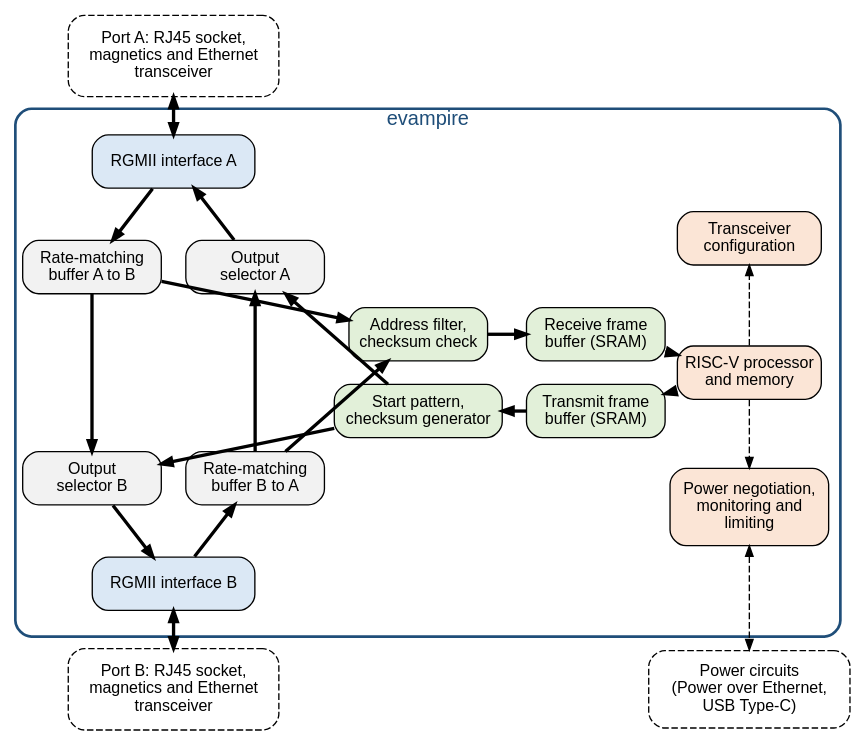
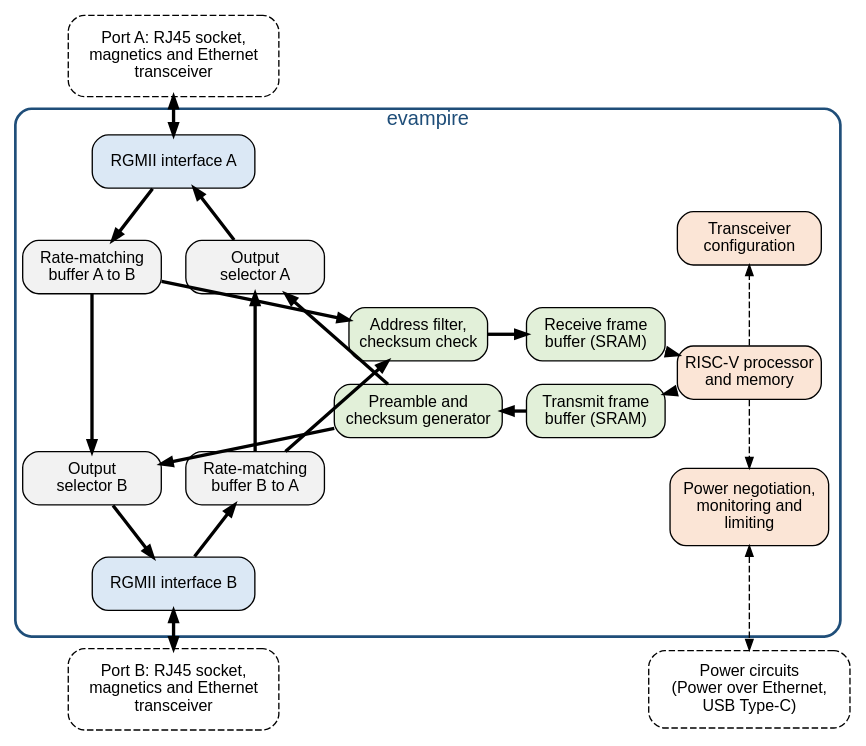
The diagram in docs/architecture/block-diagram.dot (mithro/evampire), drawn with Graphviz before and after one commit. The commit also changed 3 other files, not shown here.

First line of the commit message:
Use the IEEE 802.3 terms preamble and start frame delimiter

```diff
--- a/docs/architecture/block-diagram.dot
+++ b/docs/architecture/block-diagram.dot
@@ -1,102 +1,102 @@
 // evampire block diagram.
 // Bold arrows: Ethernet frame data. Dashed arrows: control.
 // Fill colours: white with a dashed outline, parts outside the chip; blue,
 // RGMII interfaces; grey, the forwarding path; green, the processor's frame
 // path; orange, the processor and its control interfaces.
 //
 // The blocks are placed on a fixed grid (positions in inches) so that the
 // diagram reads top to bottom and fits the width of a documentation page:
 //
 //   column 1 (x=1.0)  forwarding path from port A to port B (downwards)
 //   column 2 (x=2.7)  forwarding path from port B to port A (upwards)
 //   column 3 (x=4.4)  address filter and frame generator
 //   column 4 (x=6.25)  frame buffers
 //   column 5 (x=7.85)  processor and its control interfaces
 //
 // SPDX-License-Identifier: Apache-2.0
 
 digraph evampire {
     graph [layout=neato, splines=false, overlap=true, outputorder=nodesfirst,
            fontname="Helvetica"];
     node  [shape=box, style="rounded,filled", fillcolor="#f2f2f2",
            fontname="Helvetica", fontsize=12, width=1.45, height=0.55,
            fixedsize=true];
     edge  [arrowsize=0.8];
 
     // Outline of the chip, drawn first so it sits behind the blocks.
     chip [label="evampire", labelloc=t, fontsize=15, fontcolor="#1f4e79",
           pos="4.5,5.0!", width=8.6, height=5.5, style="rounded,bold",
           color="#1f4e79", fillcolor="none"];
 
     // Off-chip parts.
     port_a [pos="1.85,8.3!", width=2.2, height=0.85,
             label="Port A: RJ45 socket,\nmagnetics and Ethernet\ntransceiver",
             style="rounded,filled,dashed", fillcolor="#ffffff"];
     port_b [pos="1.85,1.7!", width=2.2, height=0.85,
             label="Port B: RJ45 socket,\nmagnetics and Ethernet\ntransceiver",
             style="rounded,filled,dashed", fillcolor="#ffffff"];
     power  [pos="7.85,1.7!", width=2.1, height=0.8,
             label="Power circuits\n(Power over Ethernet,\nUSB Type-C)",
             style="rounded,filled,dashed", fillcolor="#ffffff"];
 
     // RGMII interfaces.
     rgmii_a [pos="1.85,7.2!", label="RGMII interface A", width=1.7,
              fillcolor="#dbe8f5"];
     rgmii_b [pos="1.85,2.8!", label="RGMII interface B", width=1.7,
              fillcolor="#dbe8f5"];
 
     // Cut-through forwarding.
     fifo_ab [pos="1.0,6.1!", label="Rate-matching\nbuffer A to B"];
     mux_b   [pos="1.0,3.9!", label="Output\nselector B"];
     mux_a   [pos="2.7,6.1!", label="Output\nselector A"];
     fifo_ba [pos="2.7,3.9!", label="Rate-matching\nbuffer B to A"];
 
     // Internal port.
     filt  [pos="4.4,5.4!", label="Address filter,\nchecksum check",
            fillcolor="#e2f0d9"];
-    txgen [pos="4.4,4.6!", label="Start pattern,\nchecksum generator",
+    txgen [pos="4.4,4.6!", label="Preamble and\nchecksum generator",
            fillcolor="#e2f0d9", width=1.75];
     rxbuf [pos="6.25,5.4!", label="Receive frame\nbuffer (SRAM)",
            fillcolor="#e2f0d9"];
     txbuf [pos="6.25,4.6!", label="Transmit frame\nbuffer (SRAM)",
            fillcolor="#e2f0d9"];
 
     // Microcontroller.
     cpu  [pos="7.85,5.0!", label="RISC-V processor\nand memory",
           fillcolor="#fbe5d6", width=1.5];
     mdio [pos="7.85,6.4!", label="Transceiver\nconfiguration",
           fillcolor="#fbe5d6", width=1.5];
     pwr  [pos="7.85,3.6!", label="Power negotiation,\nmonitoring and\nlimiting",
           fillcolor="#fbe5d6", width=1.65, height=0.8];
 
     // Cable side.
     port_a  -> rgmii_a [dir=both, penwidth=2.5];
     rgmii_b -> port_b  [dir=both, penwidth=2.5];
 
     // Forwarding, A to B.
     rgmii_a -> fifo_ab [penwidth=2.5];
     fifo_ab -> mux_b   [penwidth=2.5];
     mux_b   -> rgmii_b [penwidth=2.5];
 
     // Forwarding, B to A.
     rgmii_b -> fifo_ba [penwidth=2.5];
     fifo_ba -> mux_a   [penwidth=2.5];
     mux_a   -> rgmii_a [penwidth=2.5];
 
     // Frames copied to the processor.
     fifo_ab -> filt [penwidth=2.5];
     fifo_ba -> filt [penwidth=2.5];
     filt    -> rxbuf [penwidth=2.5];
     rxbuf   -> cpu [penwidth=2.5];
 
     // Frames sent by the processor.
     cpu   -> txbuf [penwidth=2.5];
     txbuf -> txgen [penwidth=2.5];
     txgen -> mux_a [penwidth=2.5];
     txgen -> mux_b [penwidth=2.5];
 
     // Control.
     cpu -> mdio  [style=dashed];
     cpu -> pwr   [style=dashed];
     pwr -> power [style=dashed, dir=both];
 }
```
